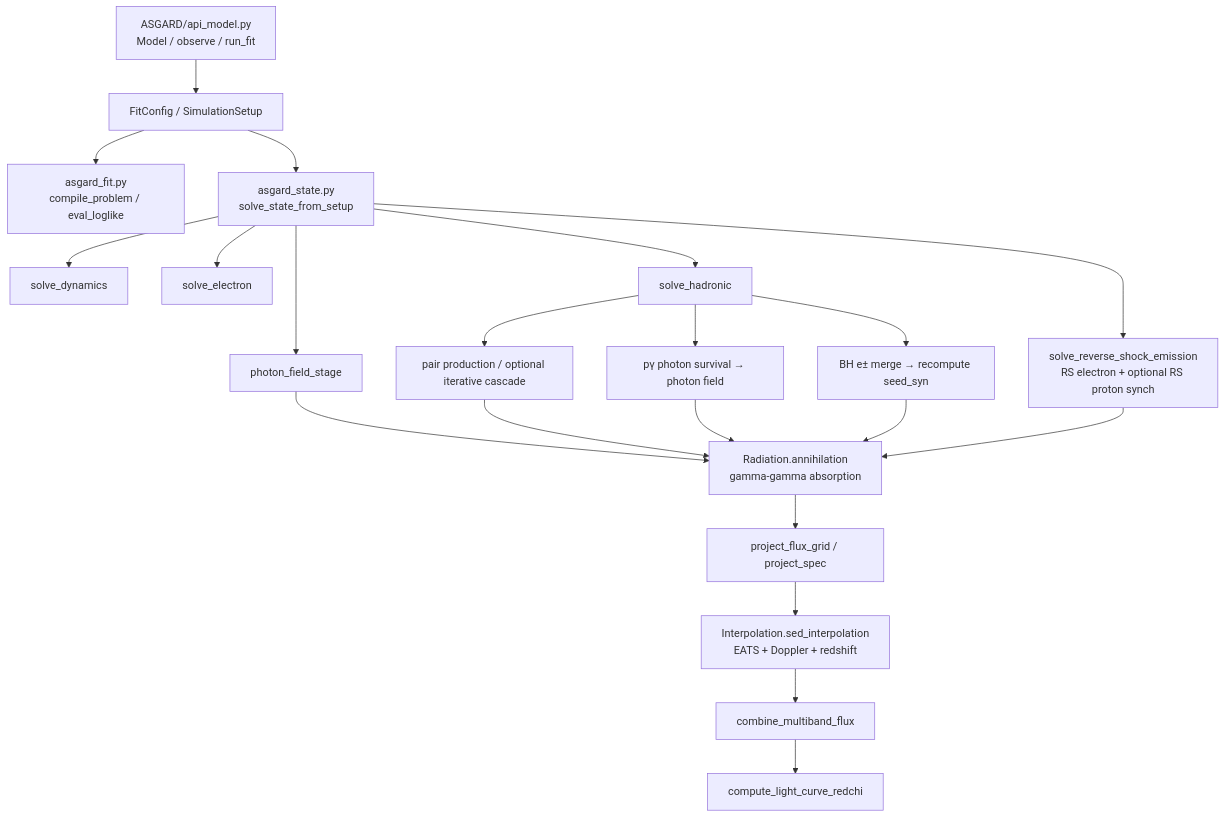
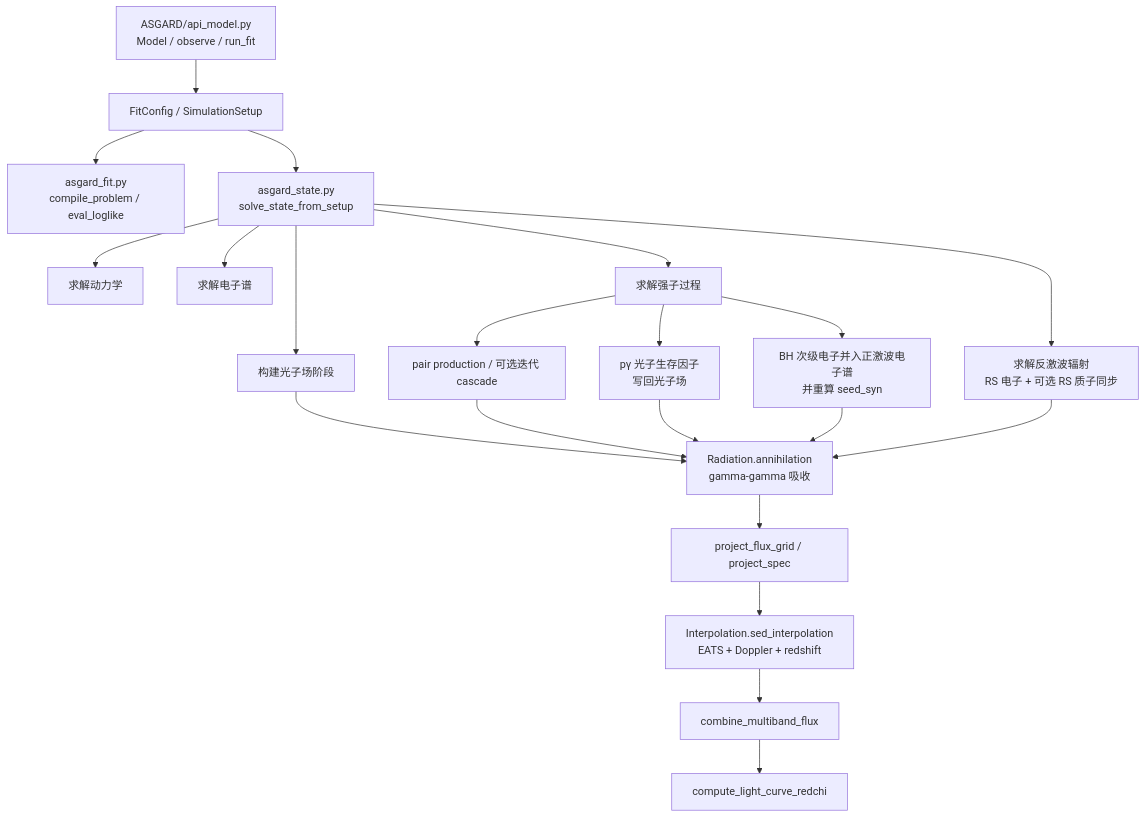
Before and after one commit to mikuru1096/ASGARD_GRBAfterglow: the first of 2 diagrams in doc/call_chain.md, drawn with Mermaid. The commit also changed other lines of this file and 18 other files, not shown here.

````diff
--- a/doc/call_chain.md
+++ b/doc/call_chain.md
@@ -5,23 +5,23 @@
 ```mermaid
 flowchart TD
     A["ASGARD/api_model.py\nModel / observe / run_fit"] --> B["FitConfig / SimulationSetup"]
     B --> C["asgard_fit.py\ncompile_problem / eval_loglike"]
     B --> D["asgard_state.py\nsolve_state_from_setup"]
-    D --> E["solve_dynamics"]
-    D --> F["solve_electron"]
-    D --> G["solve_reverse_shock_emission\nRS electron + optional RS proton synch"]
-    D --> H["photon_field_stage"]
-    D --> I["solve_hadronic"]
-    I --> J["BH e± merge → recompute seed_syn"]
-    I --> K["pγ photon survival → photon field"]
-    I --> Q["pair production / optional iterative cascade"]
-    H --> L["Radiation.annihilation\ngamma-gamma absorption"]
+    D --> E["求解动力学"]
+    D --> F["求解电子谱"]
+    D --> G["求解反激波辐射\nRS 电子 + 可选 RS 质子同步"]
+    D --> H["构建光子场阶段"]
+    D --> I["求解强子过程"]
+    I --> J["BH 次级电子并入正激波电子谱\n并重算 seed_syn"]
+    I --> K["pγ 光子生存因子\n写回光子场"]
+    I --> Q["pair production / 可选迭代 cascade"]
+    H --> L["Radiation.annihilation\ngamma-gamma 吸收"]
     Q --> L
     K --> L
     J --> L
     G --> L
     L --> M["project_flux_grid / project_spec"]
     M --> N["Interpolation.sed_interpolation\nEATS + Doppler + redshift"]
     N --> O["combine_multiband_flux"]
     O --> P["compute_light_curve_redchi"]
 ```
````
